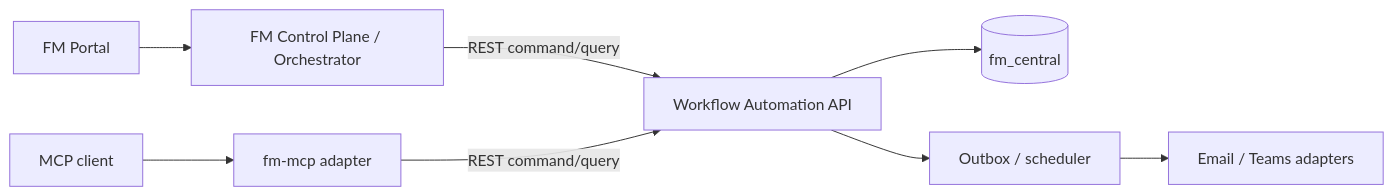
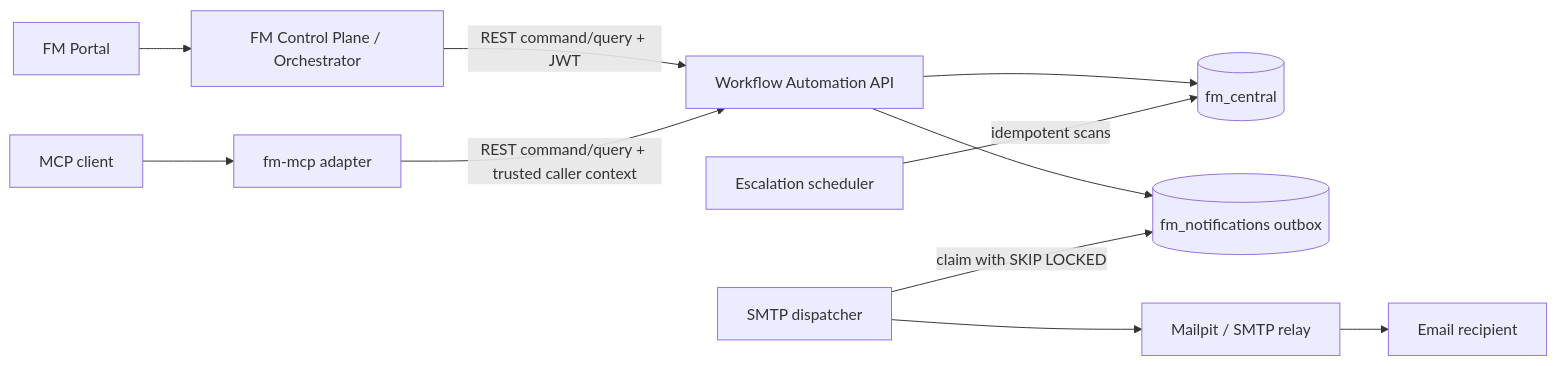
One commit to vuongicesmile/fm-mcp changed the first of 2 diagrams in docs/architecture.md. Above: the diagram before and after it, drawn with Mermaid. The commit also changed other lines of this file and 1 other file, not shown here.

Commit message:
Document architecture and use cases

````diff
--- a/docs/architecture.md
+++ b/docs/architecture.md
@@ -15,10 +15,13 @@
 ```mermaid
 flowchart LR
     Portal[FM Portal] --> CP[FM Control Plane / Orchestrator]
-    CP -->|REST command/query| API[Workflow Automation API]
+    CP -->|REST command/query + JWT| API[Workflow Automation API]
     MCPClient[MCP client] --> MCP[fm-mcp adapter]
-    MCP -->|REST command/query| API
+    MCP -->|REST command/query + trusted caller context| API
     API --> DB[(fm_central)]
-    API --> Queue[Outbox / scheduler]
-    Queue --> Adapters[Email / Teams adapters]
+    API --> Queue[(fm_notifications outbox)]
+    Scheduler[Escalation scheduler] -->|idempotent scans| DB
+    Dispatcher[SMTP dispatcher] -->|claim with SKIP LOCKED| Queue
+    Dispatcher --> SMTP[Mailpit / SMTP relay]
+    SMTP --> Recipient[Email recipient]
 ```
````
